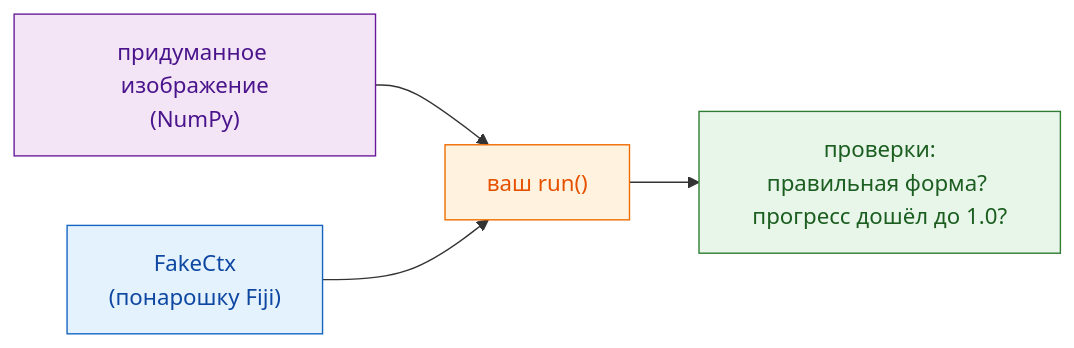
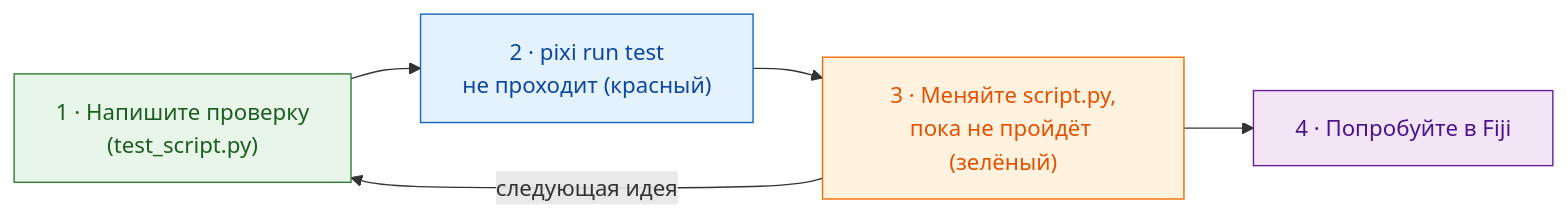
One commit to Oxford-Zeiss-Centre-of-Excellence/Wavu changed the diagram in guide/write/test-without-fiji.ru.md. Above: the diagram before and after it, drawn with Mermaid. The commit also changed other lines of this file and 28 other files, not shown here.

````diff
--- a/guide/write/test-without-fiji.ru.md
+++ b/guide/write/test-without-fiji.ru.md
@@ -15,15 +20,14 @@
 ```mermaid
 flowchart LR
-    I["придуманное изображение<br/>(NumPy)"]:::env
-    F["FakeCtx<br/>(понарошку Fiji)"]:::fiji
-    S["ваш run()"]:::script
-    C["проверки:<br/>правильная форма? прогресс дошёл до 1.0?"]:::worker
-    I --> S
-    F --> S
-    S --> C
+    T["1 · Напишите проверку<br/>(test_script.py)"]:::worker
+    R["2 · pixi run test<br/>не проходит (красный)"]:::fiji
+    S["3 · Меняйте script.py,<br/>пока не пройдёт (зелёный)"]:::script
+    F["4 · Попробуйте в Fiji"]:::env
+    T --> R --> S --> F
+    S -- "следующая идея" --> T
 
     classDef fiji   fill:#e3f2fd,stroke:#1565c0,color:#0d47a1
     classDef worker fill:#e8f5e9,stroke:#2e7d32,color:#1b5e20
     classDef script fill:#fff3e0,stroke:#ef6c00,color:#e65100
     classDef env    fill:#f3e5f5,stroke:#6a1b9a,color:#4a148c
 ```
````
